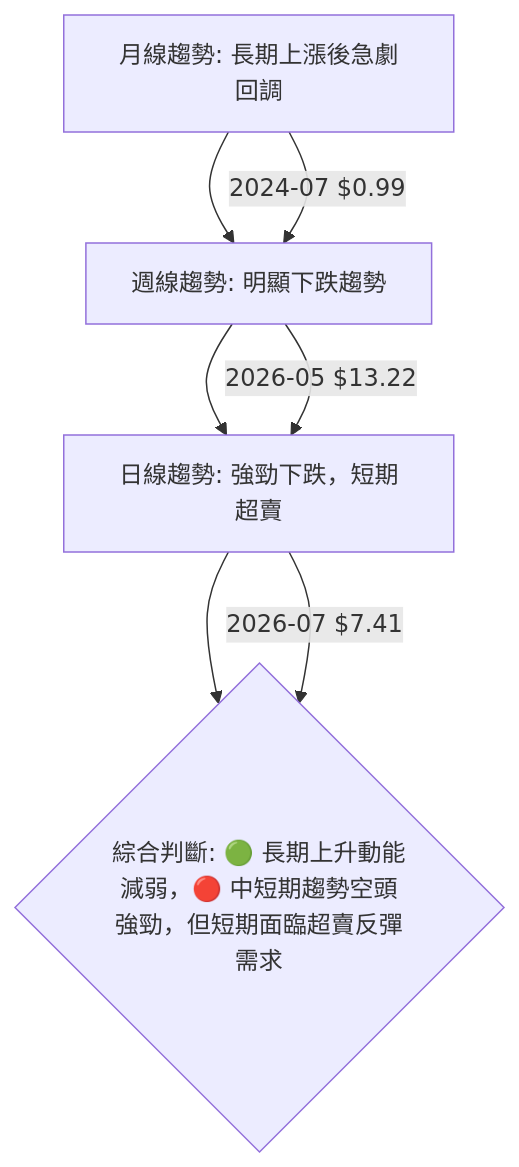
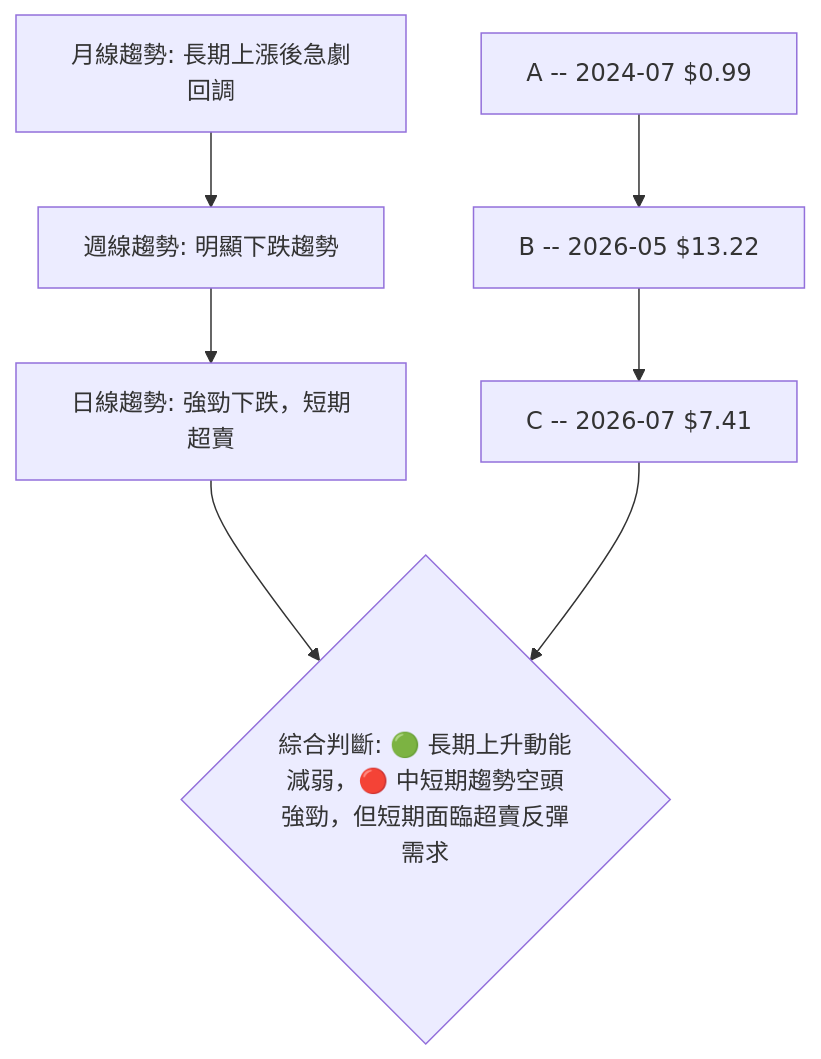
Before and after one commit to yennanliu/finance_data: the second of 12 diagrams in ai_gen_report/stock/onds/technical_analysis_2026-07-06_gemini.md, drawn with Mermaid. The commit also changed other lines of this file and 2258 other files, not shown here.

First line of the commit message:
chore: backfill Mermaid syntax repair across existing reports

````diff
--- a/ai_gen_report/stock/onds/technical_analysis_2026-07-06_gemini.md
+++ b/ai_gen_report/stock/onds/technical_analysis_2026-07-06_gemini.md
@@ -118,7 +118,7 @@
 ```mermaid
 graph TD
-    A[月線趨勢: 長期上漲後急劇回調] --> B[週線趨勢: 明顯下跌趨勢]
-    B --> C[日線趨勢: 強勁下跌，短期超賣]
-    C --> D{綜合判斷: 🟢 長期上升動能減弱，🔴 中短期趨勢空頭強勁，但短期面臨超賣反彈需求}
-    A -- 2024-07 $0.99 --> B -- 2026-05 $13.22 --> C -- 2026-07 $7.41 --> D
+    A["月線趨勢: 長期上漲後急劇回調"] --> B["週線趨勢: 明顯下跌趨勢"]
+    B --> C["日線趨勢: 強勁下跌，短期超賣"]
+    C --> D{"綜合判斷: 🟢 長期上升動能減弱，🔴 中短期趨勢空頭強勁，但短期面臨超賣反彈需求"}
+    nb1["A -- 2024-07 $0.99"] --> nb2["B -- 2026-05 $13.22"] --> nb3["C -- 2026-07 $7.41"] --> D
 ```
````
